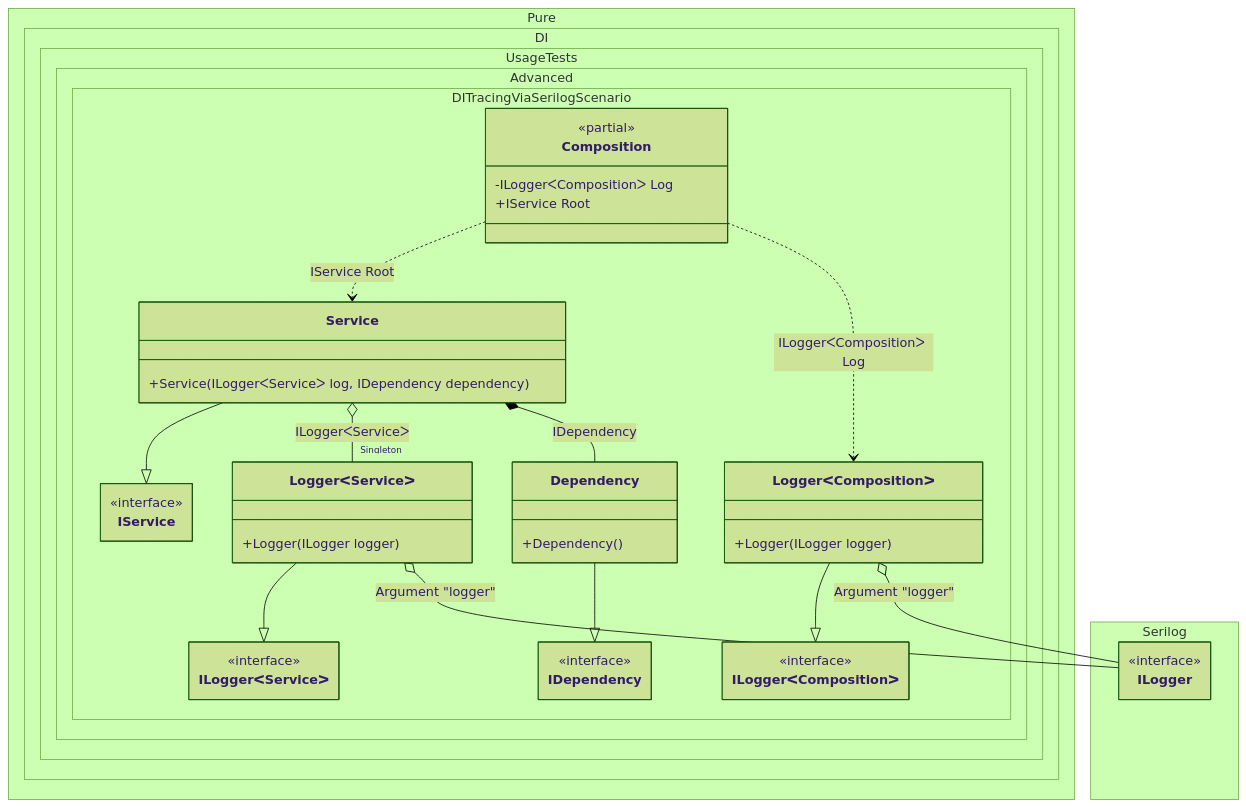
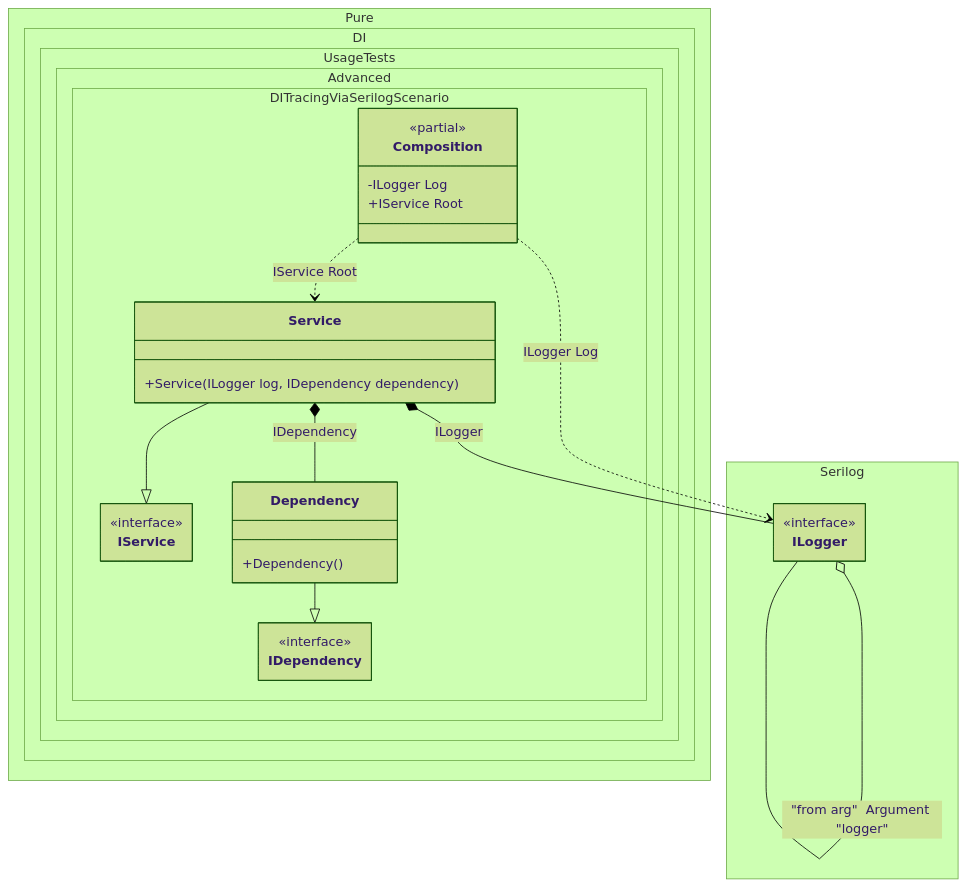
Before and after one commit to DevTeam/Pure.DI: the diagram in readme/di-tracing-via-serilog.md, drawn with Mermaid (forest theme). The commit also changed other lines of this file and 46 other files, not shown here.

````diff
--- a/readme/di-tracing-via-serilog.md
+++ b/readme/di-tracing-via-serilog.md
@@ -155,54 +126,39 @@
 ```mermaid
 ---
  config:
   class:
    hideEmptyMembersBox: true
 ---
 classDiagram
 	Service --|> IService
-	LoggerᐸCompositionᐳ --|> ILoggerᐸCompositionᐳ
-	LoggerᐸServiceᐳ --|> ILoggerᐸServiceᐳ
 	Dependency --|> IDependency
 	Composition ..> Service : IService Root
-	Composition ..> LoggerᐸCompositionᐳ : ILoggerᐸCompositionᐳ Log
-	Service o-- "Singleton" LoggerᐸServiceᐳ : ILoggerᐸServiceᐳ
+	Composition ..> ILogger : ILogger Log
+	Service *--  ILogger : ILogger
 	Service *--  Dependency : IDependency
-	LoggerᐸCompositionᐳ o-- ILogger : Argument "logger"
-	LoggerᐸServiceᐳ o-- ILogger : Argument "logger"
+	ILogger o-- ILogger : "from arg"  Argument "logger"
 	namespace Pure.DI.UsageTests.Advanced.DITracingViaSerilogScenario {
 		class Composition {
 		<<partial>>
-		-ILoggerᐸCompositionᐳ Log
+		-ILogger Log
 		+IService Root
 		}
 		class Dependency {
 			+Dependency()
 		}
 		class IDependency {
 			<<interface>>
 		}
-		class ILoggerᐸCompositionᐳ {
-			<<interface>>
-		}
-		class ILoggerᐸServiceᐳ {
-			<<interface>>
-		}
 		class IService {
 			<<interface>>
 		}
-		class LoggerᐸCompositionᐳ {
-			+Logger(ILogger logger)
-		}
-		class LoggerᐸServiceᐳ {
-			+Logger(ILogger logger)
-		}
 		class Service {
-			+Service(ILoggerᐸServiceᐳ log, IDependency dependency)
+			+Service(ILogger log, IDependency dependency)
 		}
 	}
 	namespace Serilog {
 		class ILogger {
-				<<interface>>
+			<<interface>>
 		}
 	}
 ```
````
